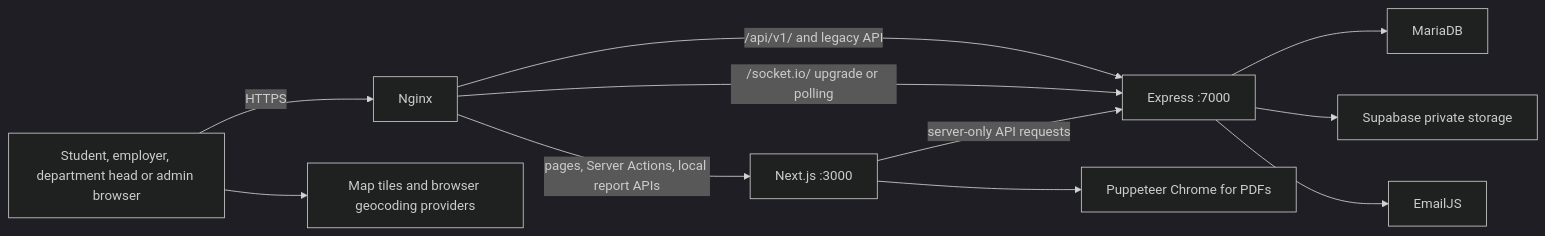
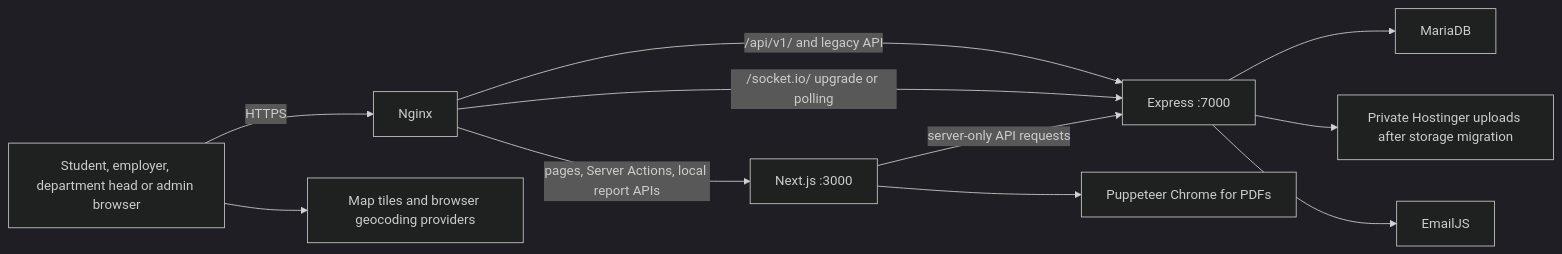
Before and after one commit to Aeron1234/eu-connect-backend: the diagram in deployment-guides/01-requirements.md, drawn with Mermaid (dark theme). The commit also changed other lines of this file and 22 other files, not shown here.

Commit message:
docs: add Hostinger storage migration and endpoint guides, and remove legacy backend copies

````diff
--- a/deployment-guides/01-requirements.md
+++ b/deployment-guides/01-requirements.md
@@ -37,13 +39,13 @@
 ```mermaid
 flowchart LR
   U["Student, employer, department head or admin browser"] -->|HTTPS| N["Nginx"]
   N -->|pages, Server Actions, local report APIs| F["Next.js :3000"]
   N -->|/api/v1/ and legacy API| B["Express :7000"]
   N -->|/socket.io/ upgrade or polling| B
   F -->|server-only API requests| B
   F --> P["Puppeteer Chrome for PDFs"]
   B --> D["MariaDB"]
-  B --> S["Supabase private storage"]
+  B --> S["Private Hostinger uploads after storage migration"]
   B --> E["EmailJS"]
   U --> M["Map tiles and browser geocoding providers"]
 ```
````
